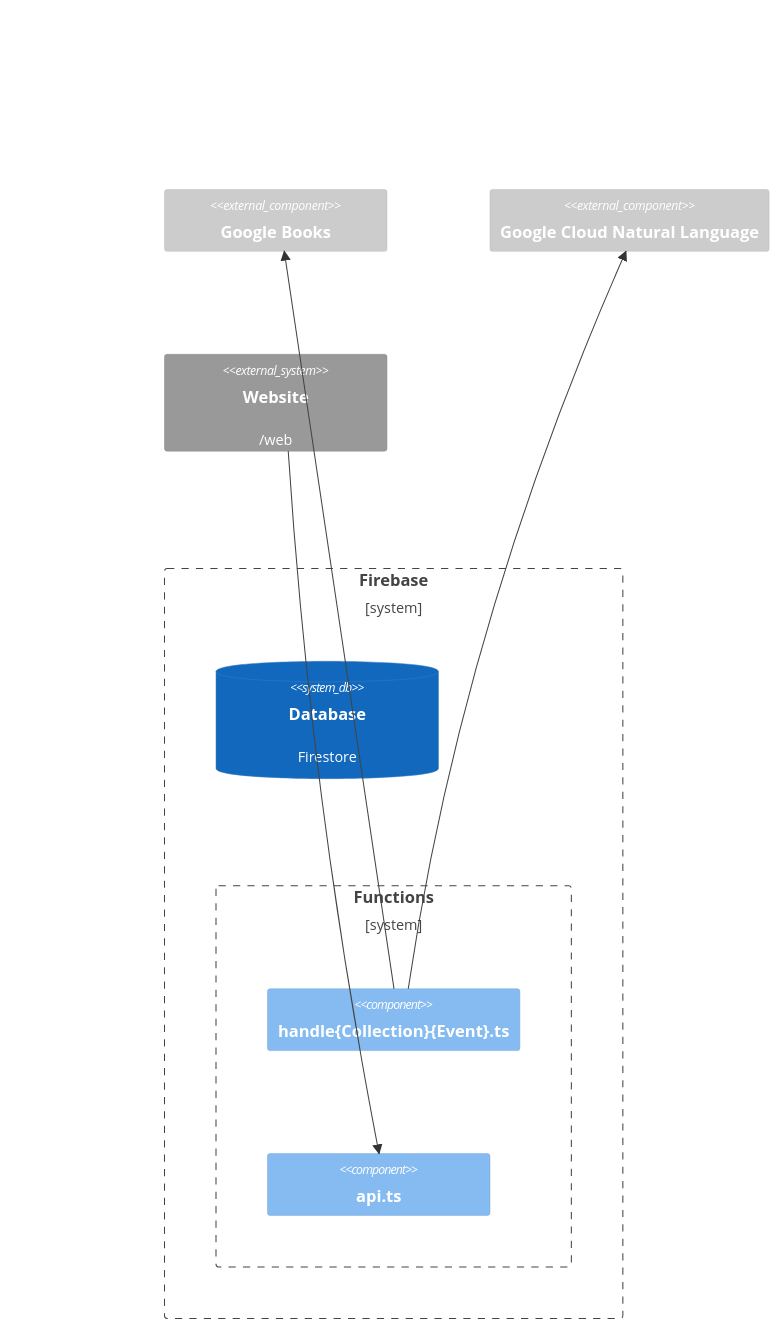
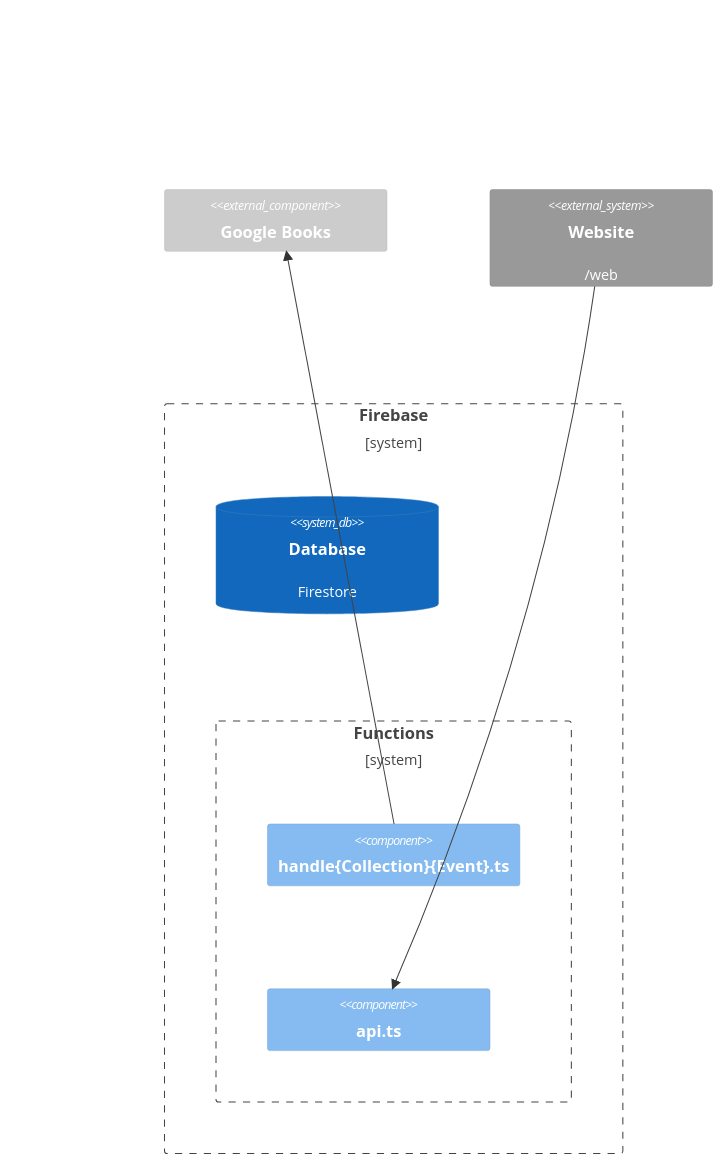
Before and after one commit to sawyerh/highlights: the diagram in firebase/README.md, drawn with Mermaid. The commit also changed other lines of this file and 5 other files, not shown here.

Commit message:
Remove Google Natural Language integration

````diff
--- a/firebase/README.md
+++ b/firebase/README.md
@@ -5,19 +5,17 @@
 ```mermaid
 C4Container
 
    Boundary(firebase, "Firebase") {
       Boundary(functions, "Functions") {
          Component(handler, "handle{Collection}{Event}.ts")
          Component(api, "api.ts")
       }
       SystemDb(db, "Database", "Firestore")
    }
 
    Component_Ext(books, "Google Books")
-   Component_Ext(nl, "Google Cloud Natural Language")
    System_Ext(web, "Website", "/web")
 
    Rel(handler, books, "")
-   Rel(handler, nl, "")
    Rel(web, api, "")
 ```
````
